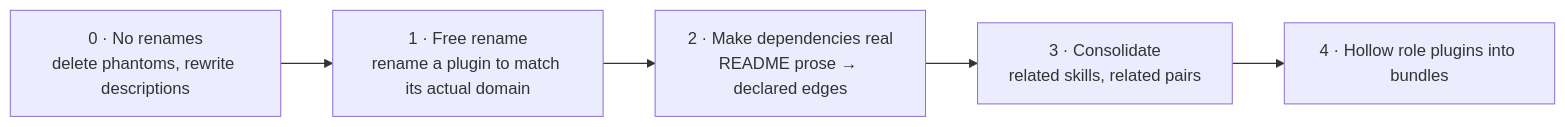
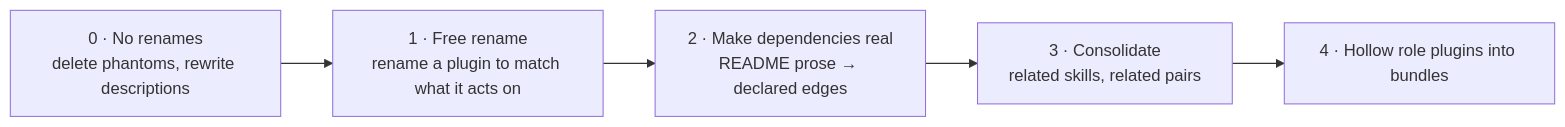
Before and after one commit to bitwarden/contributing-docs: the fourth of 4 diagrams in docs/architecture/adr/0035-adopt-ai-plugin-taxonomy.md, drawn with Mermaid. The commit also changed other lines of this file, not shown here.

````diff
--- a/docs/architecture/adr/0035-adopt-ai-plugin-taxonomy.md
+++ b/docs/architecture/adr/0035-adopt-ai-plugin-taxonomy.md
@@ -178,7 +166,7 @@
 ```mermaid
 flowchart LR
-    P0["0 · No renames<br/>delete phantoms, rewrite descriptions"] --> P1["1 · Free rename<br/>rename a plugin to match its actual domain"]
+    P0["0 · No renames<br/>delete phantoms, rewrite descriptions"] --> P1["1 · Free rename<br/>rename a plugin to match what it acts on"]
     P1 --> P2["2 · Make dependencies real<br/>README prose → declared edges"]
     P2 --> P3["3 · Consolidate<br/>related skills, related pairs"]
     P3 --> P4["4 · Hollow role plugins into bundles"]
 ```
````
